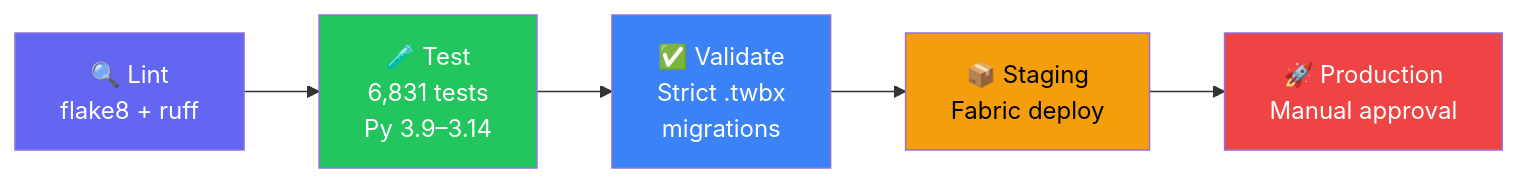
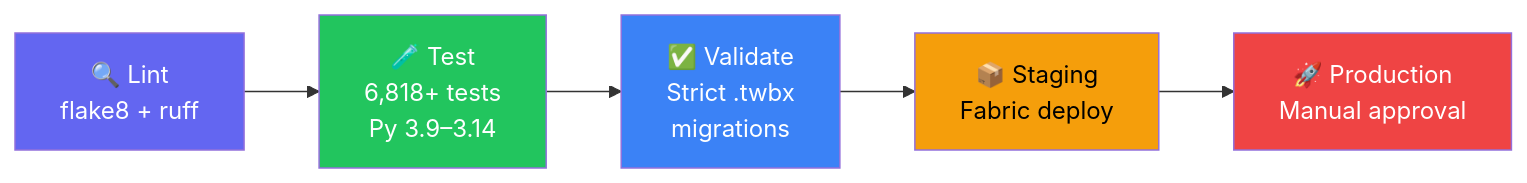
The fourth of 4 diagrams in README.md (cyphou/Tableau-To-PowerBI), drawn with Mermaid before and after one commit. The commit also changed other lines of this file and 6 other files, not shown here.

````diff
--- a/README.md
+++ b/README.md
@@ -722,13 +722,13 @@
 ```mermaid
 flowchart LR
-    L["🔍 Lint\nflake8 + ruff"] --> T["🧪 Test\n6,831 tests\nPy 3.9–3.14"]
+    L["🔍 Lint\nflake8 + ruff"] --> T["🧪 Test\n6,818+ tests\nPy 3.9–3.14"]
     T --> V["✅ Validate\nStrict .twbx\nmigrations"]
     V --> S["📦 Staging\nFabric deploy"]
     S --> P["🚀 Production\nManual approval"]
     
     style L fill:#6366f1,color:#fff
     style T fill:#22c55e,color:#fff
     style V fill:#3b82f6,color:#fff
     style S fill:#f59e0b,color:#000
     style P fill:#ef4444,color:#fff
 ```
````
